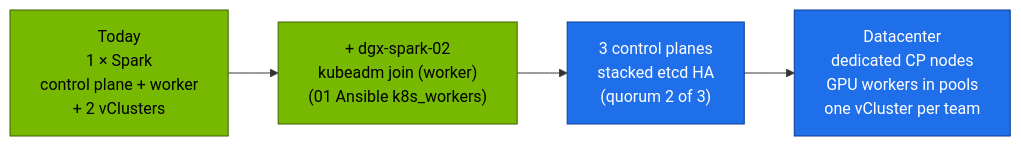
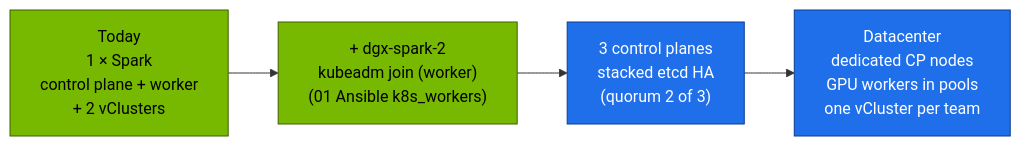
Before and after one commit to cloudone365/technical-depth: the third of 3 diagrams in 02 Kubernetes/01-kubernetes-core-architecture.md, drawn with Mermaid. The commit also changed other lines of this file and 91 other files, not shown here.

First line of the commit message:
Rename the Spark hosts to dgx-spark-1 / dgx-spark-2

````diff
--- a/02 Kubernetes/01-kubernetes-core-architecture.md
+++ b/02 Kubernetes/01-kubernetes-core-architecture.md
@@ -390,10 +390,10 @@
 ```mermaid
 flowchart LR
-  A["Today<br/>1 × Spark<br/>control plane + worker<br/>+ 2 vClusters"] --> B["+ dgx-spark-02<br/>kubeadm join (worker)<br/>(01 Ansible k8s_workers)"]
+  A["Today<br/>1 × Spark<br/>control plane + worker<br/>+ 2 vClusters"] --> B["+ dgx-spark-2<br/>kubeadm join (worker)<br/>(01 Ansible k8s_workers)"]
   B --> C["3 control planes<br/>stacked etcd HA<br/>(quorum 2 of 3)"]
   C --> D["Datacenter<br/>dedicated CP nodes<br/>GPU workers in pools<br/>one vCluster per team"]
   classDef gpu fill:#76b900,stroke:#3d6000,color:#000
   classDef ctrl fill:#1f6feb,stroke:#0b3d91,color:#fff
   class A,B gpu
   class C,D ctrl
 ```
````
